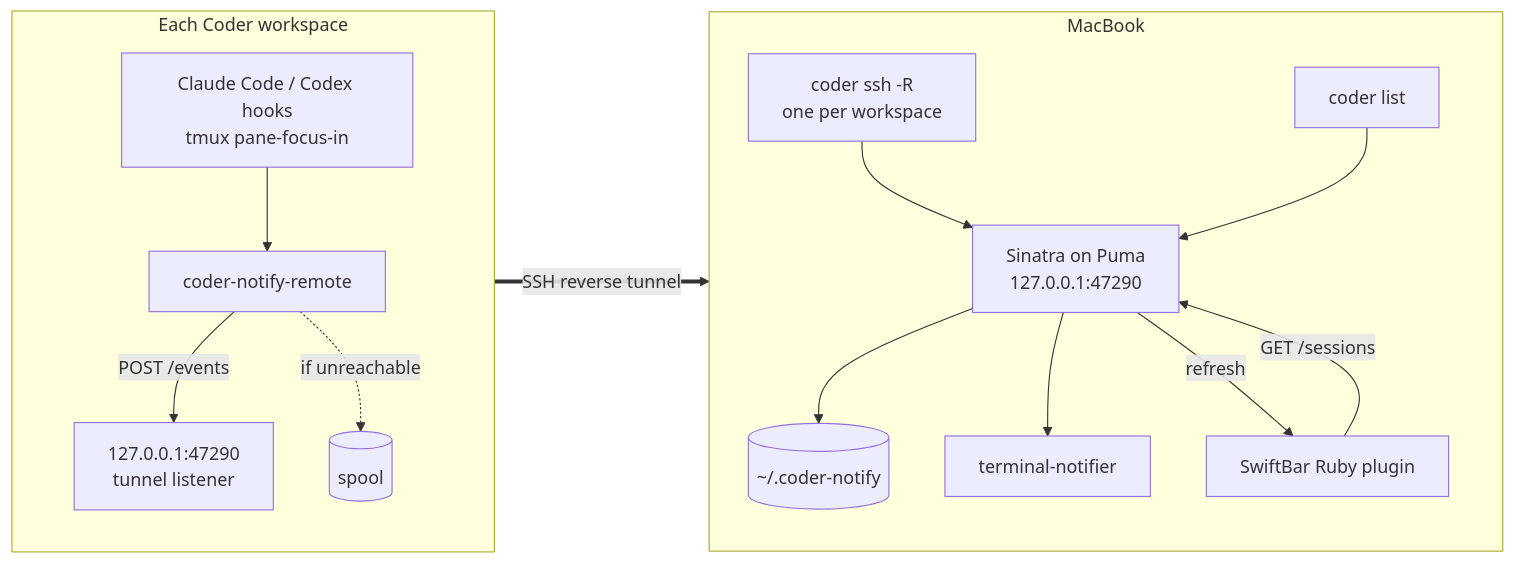
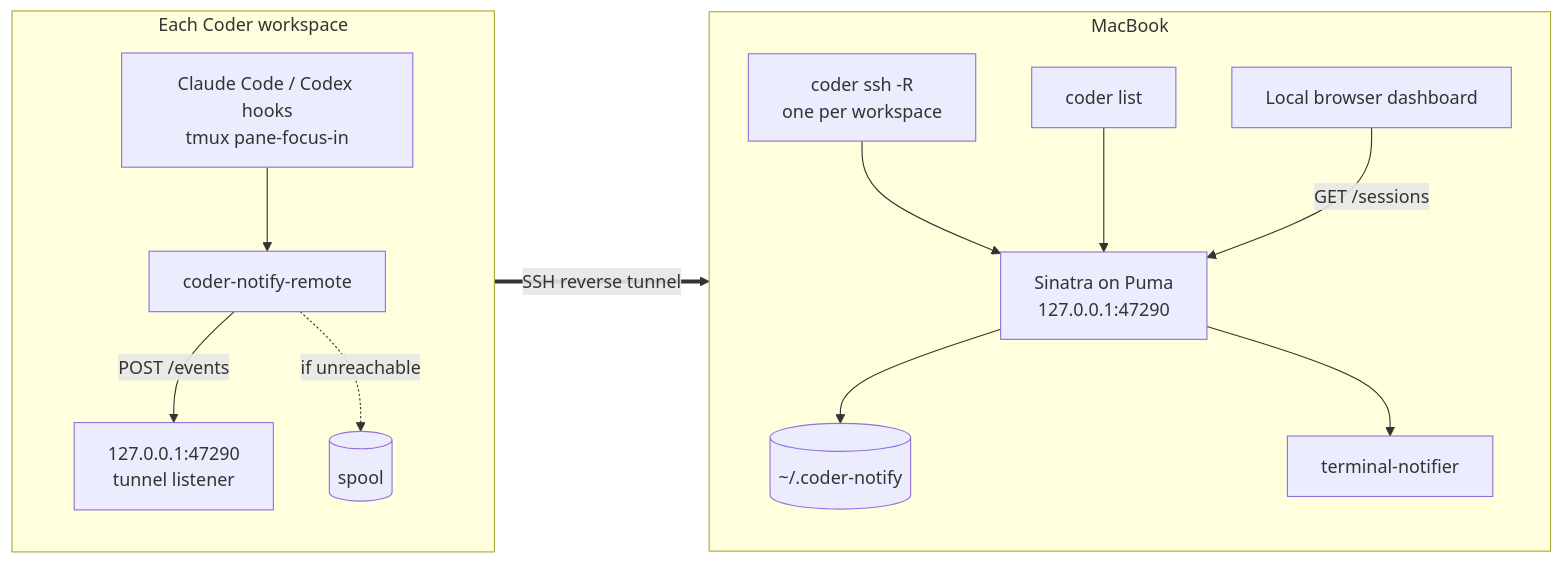
The first of 2 diagrams in README.md (cpalmer-figma/ai-notify), drawn with Mermaid before and after one commit. The commit also changed other lines of this file and 37 other files, not shown here.

Commit message:
Add native menu bar app, browser dashboard, and automated workspace setup

````diff
--- a/README.md
+++ b/README.md
@@ -49,19 +35,19 @@
 ```mermaid
 flowchart LR
   subgraph W["Each Coder workspace"]
     direction TB
     H["Claude Code / Codex hooks<br/>tmux pane-focus-in"] --> R["coder-notify-remote"]
     R -->|"POST /events"| L["127.0.0.1:47290<br/>tunnel listener"]
     R -.->|"if unreachable"| Q[("spool")]
   end
   subgraph M["MacBook"]
     direction TB
     T["coder ssh -R<br/>one per workspace"] --> S["Sinatra on Puma<br/>127.0.0.1:47290"]
     D["coder list"] --> S
     S --> F[("~/.coder-notify")]
     S --> N["terminal-notifier"]
-    S -->|"refresh"| B["SwiftBar Ruby plugin"]
+    B["Local browser dashboard"]
     B -->|"GET /sessions"| S
   end
   L ==>|"SSH reverse tunnel"| T
 ```
````
